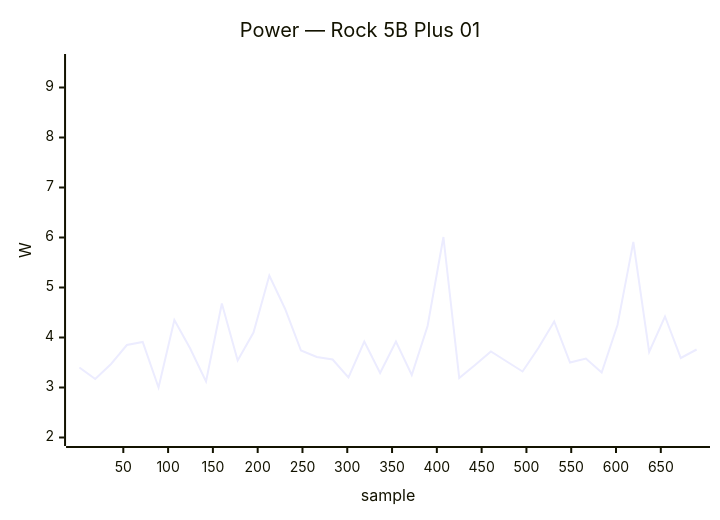
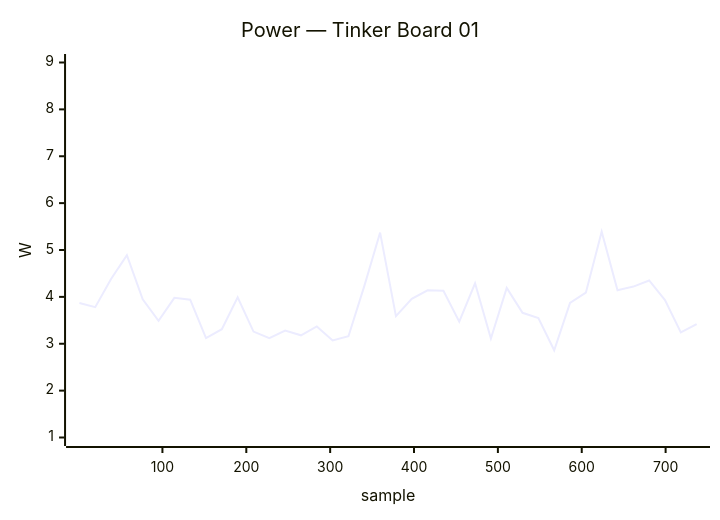
Before and after one commit to armbian/documentation: diagram 16 of 34 in docs/status/board-tests.md, drawn with Mermaid. The commit also changed other lines of this file, not shown here.

````diff
--- a/docs/status/board-tests.md
+++ b/docs/status/board-tests.md
@@ -855,7 +815,7 @@
 ```mermaid
 xychart-beta
-    title "Power — Rock 5B Plus 01"
-    x-axis "sample" 1 --> 690
-    y-axis "W" 2.0 --> 9.5
-    line [3.40, 3.17, 3.47, 3.85, 3.91, 3.00, 4.35, 3.78, 3.12, 4.68, 3.54, 4.10, 5.24, 4.57, 3.74, 3.61, 3.56, 3.20, 3.92, 3.29, 3.92, 3.25, 4.23, 6.01, 3.19, 3.45, 3.72, 3.52, 3.32, 3.79, 4.32, 3.50, 3.58, 3.30, 4.25, 5.91, 3.71, 4.42, 3.59, 3.76]
+    title "Power — Tinker Board 01"
+    x-axis "sample" 1 --> 737
+    y-axis "W" 1.0 --> 9.0
+    line [3.87, 3.78, 4.38, 4.89, 3.95, 3.49, 3.98, 3.94, 3.12, 3.31, 3.99, 3.26, 3.12, 3.28, 3.18, 3.37, 3.07, 3.16, 4.23, 5.37, 3.59, 3.96, 4.14, 4.13, 3.47, 4.29, 3.11, 4.19, 3.66, 3.55, 2.86, 3.87, 4.09, 5.39, 4.14, 4.22, 4.35, 3.93, 3.24, 3.42]
 ```
````
